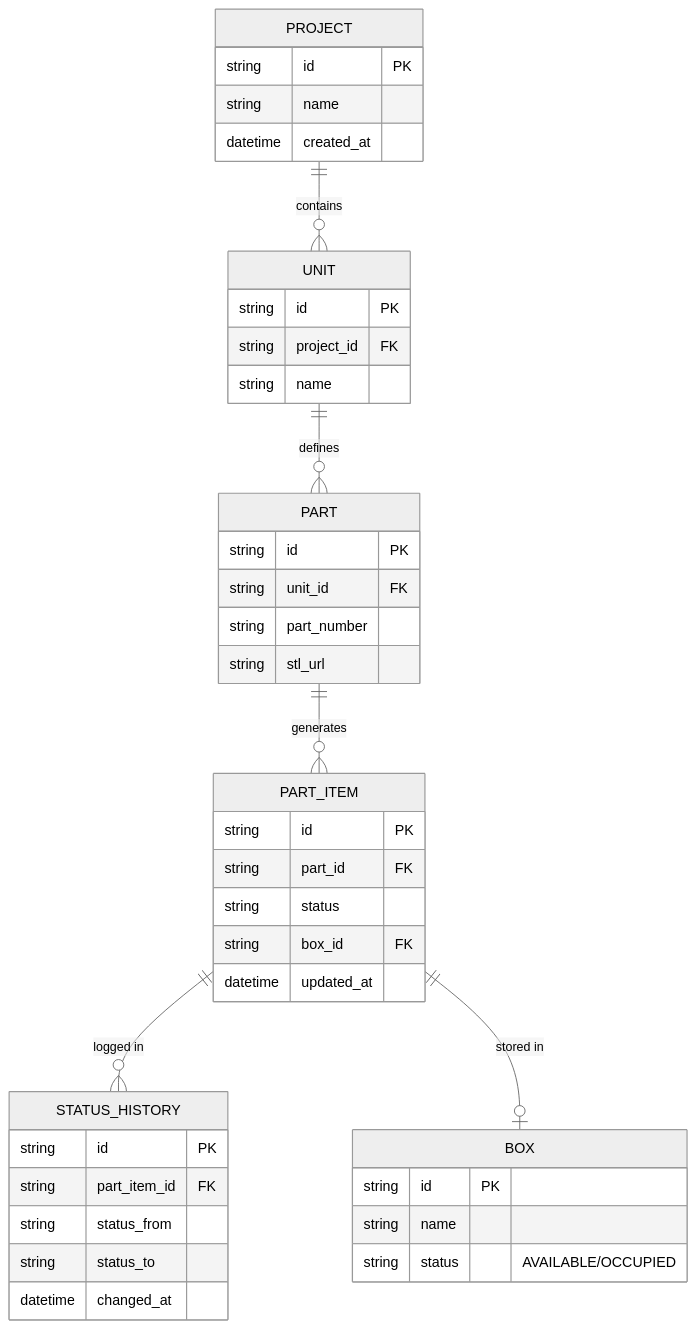
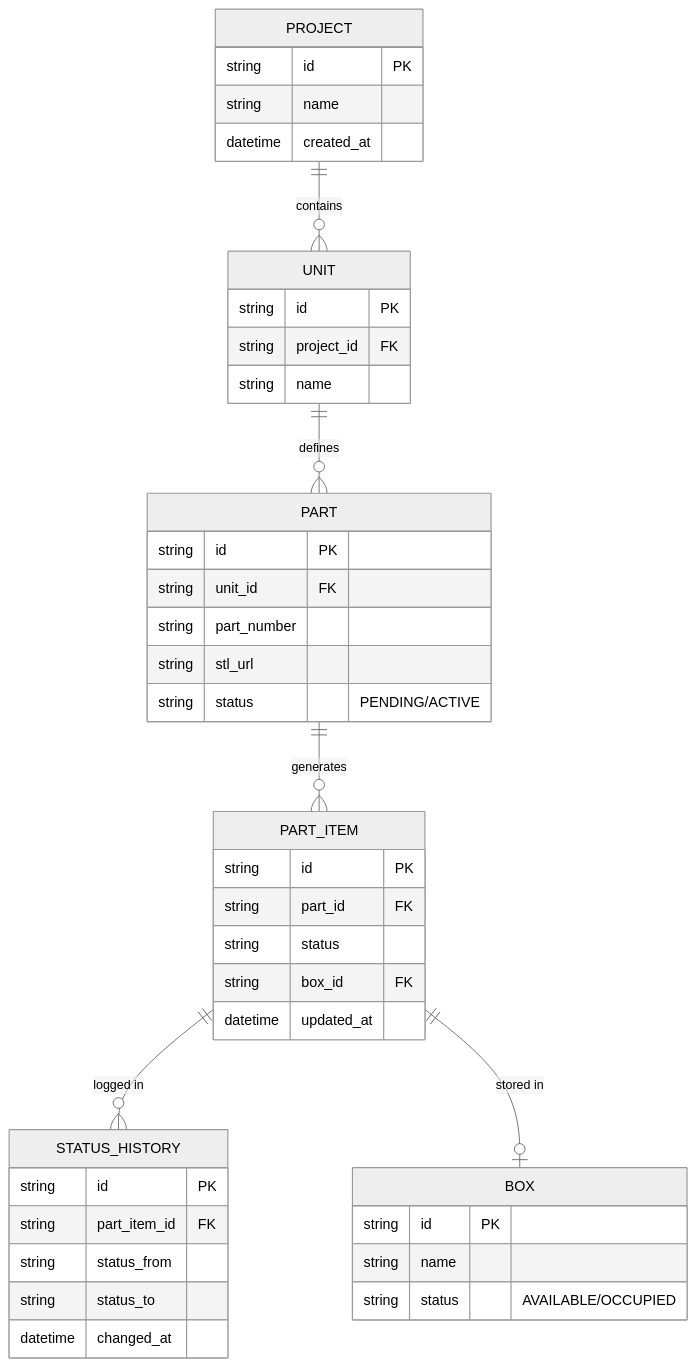
Before and after one commit to Yaeshio/SN-923-plan: the diagram in specs/02_data_model.md, drawn with Mermaid (neutral theme). The commit also changed other lines of this file and 2 other files, not shown here.

````diff
--- a/specs/02_data_model.md
+++ b/specs/02_data_model.md
@@ -5,44 +5,45 @@
 ```mermaid
 erDiagram
     PROJECT ||--o{ UNIT : contains
     UNIT ||--o{ PART : defines
     PART ||--o{ PART_ITEM : generates
     PART_ITEM ||--o{ STATUS_HISTORY : "logged in"
     PART_ITEM ||--o| BOX : "stored in"
 
     PROJECT {
         string id PK
         string name
         datetime created_at
     }
     UNIT {
         string id PK
         string project_id FK
         string name
     }
     PART {
         string id PK
         string unit_id FK
         string part_number
         string stl_url
+        string status "PENDING/ACTIVE"
     }
     PART_ITEM {
         string id PK
         string part_id FK
         string status
         string box_id FK
         datetime updated_at
     }
     STATUS_HISTORY {
         string id PK
         string part_item_id FK
         string status_from
         string status_to
         datetime changed_at
     }
     BOX {
         string id PK
         string name
         string status "AVAILABLE/OCCUPIED"
     }
 ```
````
